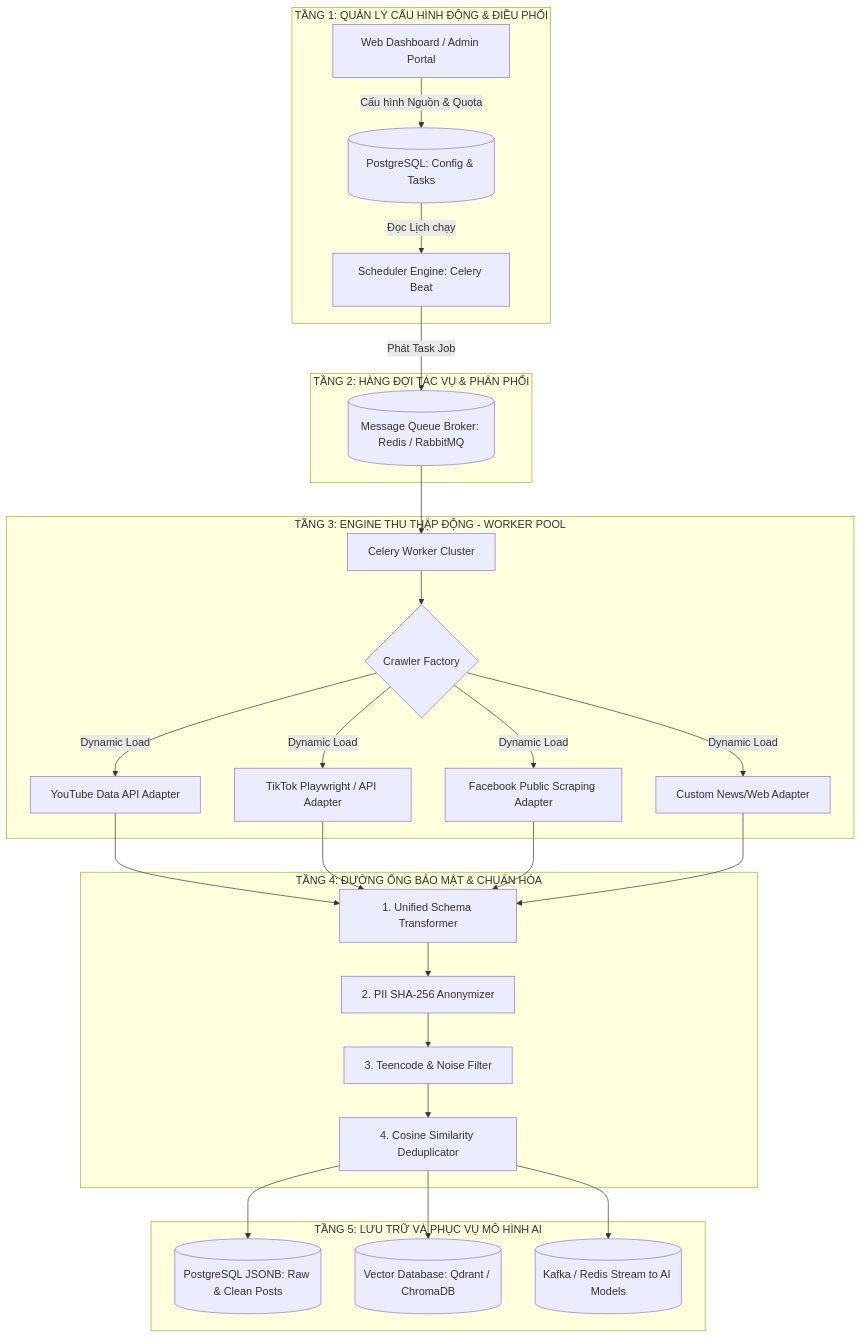
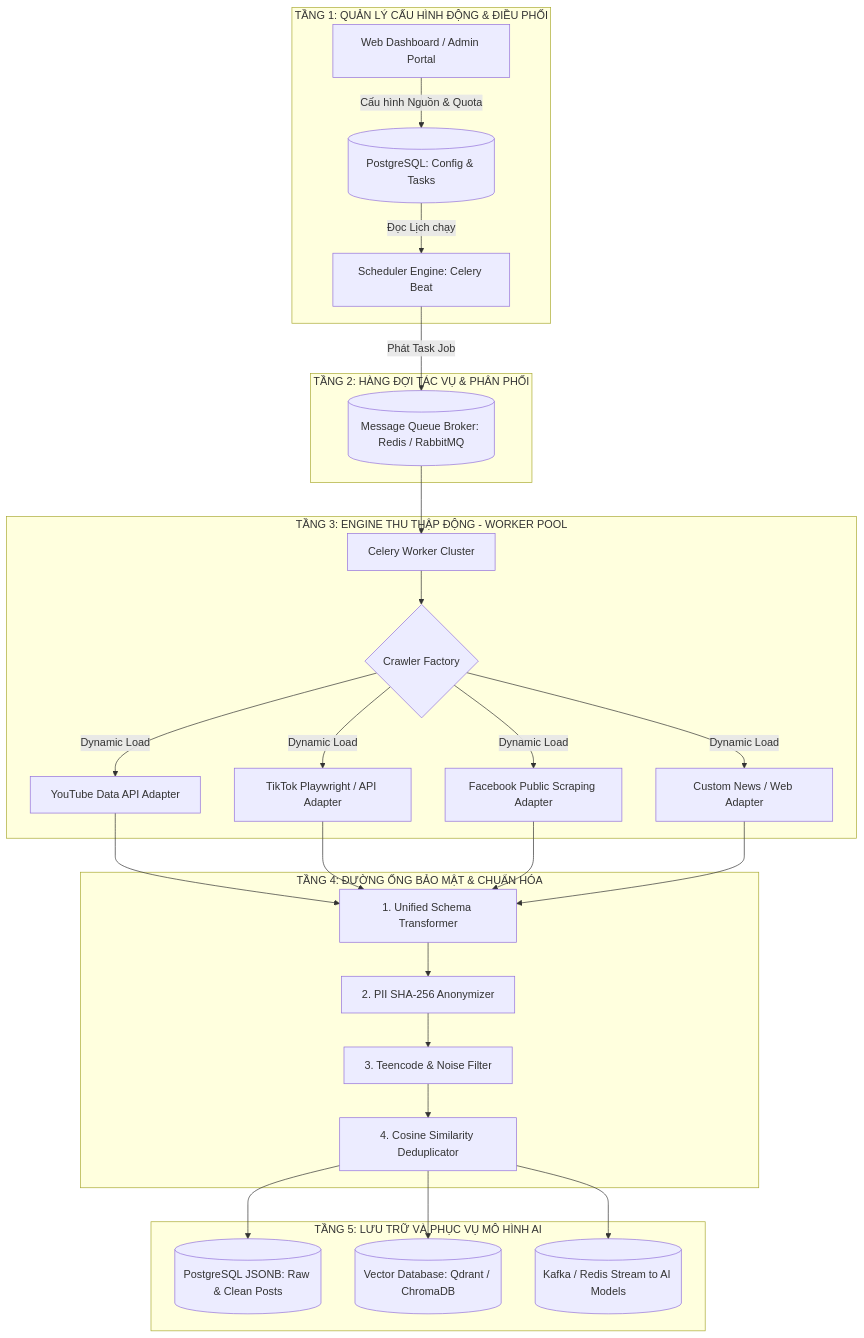
The second of 2 diagrams in docs/dynamic_crawling_architecture_design.md (lamthonn/social-sentiment-system), drawn with Mermaid before and after one commit. The commit also changed other lines of this file and 16 other files, not shown here.

````diff
--- a/docs/dynamic_crawling_architecture_design.md
+++ b/docs/dynamic_crawling_architecture_design.md
@@ -92,33 +92,36 @@
 ```mermaid
 flowchart TD
-    subgraph TIER1 [TẦNG 1: QUẢN LÝ CẤU HÌNH ĐỘNG & ĐIỀU PHỐI]
-        UI[Web Dashboard / Admin Portal] -->|Cấu hình Nguồn & Quota| DB_CFG[(PostgreSQL: Config & Tasks)]
-        DB_CFG -->|Đọc Lịch chạy| SCHEDULER[Scheduler Engine: Celery Beat]
+    subgraph TIER1 ["TẦNG 1: QUẢN LÝ CẤU HÌNH ĐỘNG & ĐIỀU PHỐI"]
+        UI["Web Dashboard / Admin Portal"] -->|Cấu hình Nguồn & Quota| DB_CFG[("PostgreSQL: Config & Tasks")]
+        DB_CFG -->|Đọc Lịch chạy| SCHEDULER["Scheduler Engine: Celery Beat"]
     end
 
-    subgraph TIER2 [TẦNG 2: HÀNG ĐỢI TÁC VỤ & PHÂN PHỐI]
-        SCHEDULER -->|Phát Task Job| QUEUE[(Message Queue Broker: Redis / RabbitMQ)]
+    subgraph TIER2 ["TẦNG 2: HÀNG ĐỢI TÁC VỤ & PHÂN PHỐI"]
+        SCHEDULER -->|Phát Task Job| QUEUE[("Message Queue Broker: Redis / RabbitMQ")]
     end
 
-    subgraph TIER3 [TẦNG 3: ENGINE THU THẬP ĐỘNG - WORKER POOL]
-        QUEUE --> WORKER[Celery Worker Cluster]
-        WORKER --> FACTORY{Crawler Factory}
-        FACTORY -->|Dynamic Load| YOUTUBE_ADAPTER[YouTube Data API Adapter]
-        FACTORY -->|Dynamic Load| TIKTOK_ADAPTER[TikTok Playwright / API Adapter]
-        FACTORY -->|Dynamic Load| FB_ADAPTER[Facebook Public Scraping Adapter]
-        FACTORY -->|Dynamic Load| CUSTOM_ADAPTER[Custom News/Web Adapter]
+    subgraph TIER3 ["TẦNG 3: ENGINE THU THẬP ĐỘNG - WORKER POOL"]
+        QUEUE --> WORKER["Celery Worker Cluster"]
+        WORKER --> FACTORY{"Crawler Factory"}
+        FACTORY -->|Dynamic Load| YOUTUBE_ADAPTER["YouTube Data API Adapter"]
+        FACTORY -->|Dynamic Load| TIKTOK_ADAPTER["TikTok Playwright / API Adapter"]
+        FACTORY -->|Dynamic Load| FB_ADAPTER["Facebook Public Scraping Adapter"]
+        FACTORY -->|Dynamic Load| CUSTOM_ADAPTER["Custom News / Web Adapter"]
     end
 
-    subgraph TIER4 [TẦNG 4: ĐƯỜNG ỐNG BẢO MẬT & CHUẨN HÓA]
-        YOUTUBE_ADAPTER & TIKTOK_ADAPTER & FB_ADAPTER & CUSTOM_ADAPTER --> NORMALIZER[1. Unified Schema Transformer]
-        NORMALIZER --> HASHER[2. PII SHA-256 Anonymizer]
-        HASHER --> CLEANER[3. Teencode & Noise Filter]
-        CLEANER --> DEDUP[4. Cosine Similarity Deduplicator]
+    subgraph TIER4 ["TẦNG 4: ĐƯỜNG ỐNG BẢO MẬT & CHUẨN HÓA"]
+        YOUTUBE_ADAPTER --> NORMALIZER["1. Unified Schema Transformer"]
+        TIKTOK_ADAPTER --> NORMALIZER
+        FB_ADAPTER --> NORMALIZER
+        CUSTOM_ADAPTER --> NORMALIZER
+        NORMALIZER --> HASHER["2. PII SHA-256 Anonymizer"]
+        HASHER --> CLEANER["3. Teencode & Noise Filter"]
+        CLEANER --> DEDUP["4. Cosine Similarity Deduplicator"]
     end
 
-    subgraph TIER5 [TẦNG 5: LƯU TRỮ VÀ PHỤC VỤ MÔ HÌNH AI]
-        DEDUP --> DB_RAW[(PostgreSQL JSONB: Raw & Clean Posts)]
-        DEDUP --> VECTOR_DB[(Vector Database: Qdrant / ChromaDB)]
-        DEDUP --> AI_QUEUE[(Kafka / Redis Stream to AI Models)]
+    subgraph TIER5 ["TẦNG 5: LƯU TRỮ VÀ PHỤC VỤ MÔ HÌNH AI"]
+        DEDUP --> DB_RAW[("PostgreSQL JSONB: Raw & Clean Posts")]
+        DEDUP --> VECTOR_DB[("Vector Database: Qdrant / ChromaDB")]
+        DEDUP --> AI_QUEUE[("Kafka / Redis Stream to AI Models")]
     end
 ```
````
